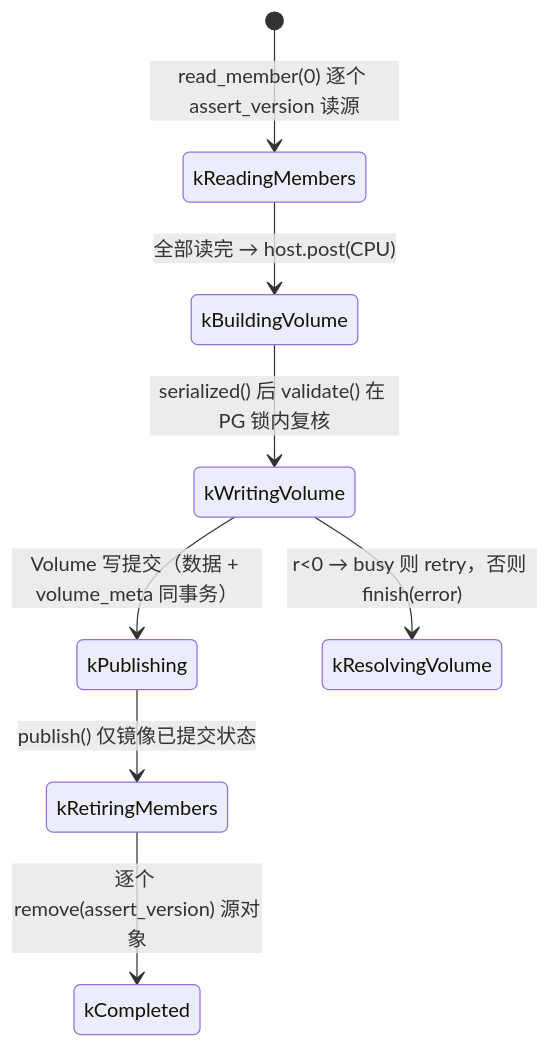
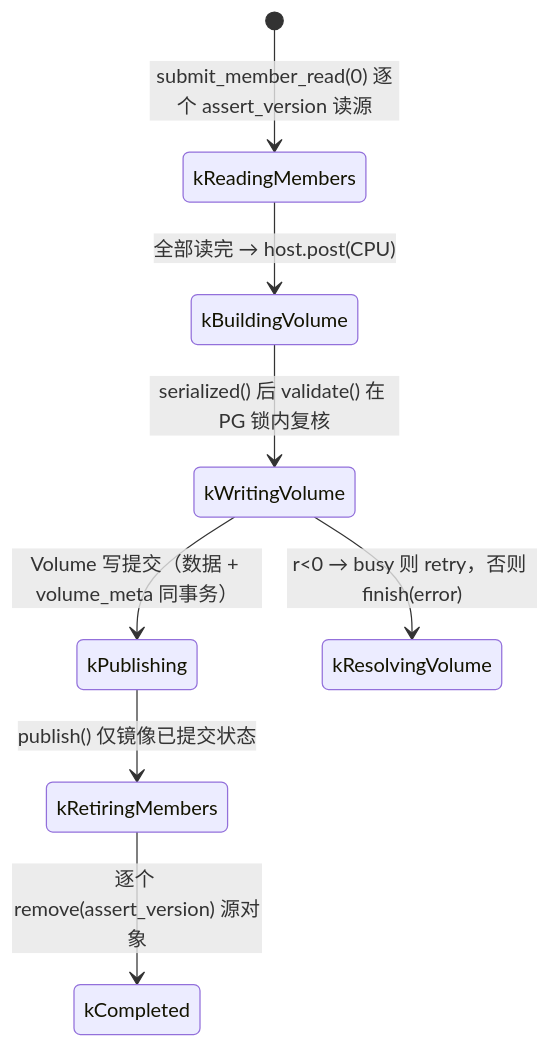
Before and after one commit to CephEC/ceph: the second of 3 diagrams in doc/dev/osd_internals/weave_code_map.md, drawn with Mermaid. The commit also changed other lines of this file and 20 other files, not shown here.

````diff
--- a/doc/dev/osd_internals/weave_code_map.md
+++ b/doc/dev/osd_internals/weave_code_map.md
@@ -178,10 +178,10 @@
 ```mermaid
 stateDiagram-v2
-  [*] --> kReadingMembers: read_member(0) 逐个 assert_version 读源
+  [*] --> kReadingMembers: submit_member_read(0) 逐个 assert_version 读源
   kReadingMembers --> kBuildingVolume: 全部读完 → host.post(CPU)
   kBuildingVolume --> kWritingVolume: serialized() 后 validate() 在 PG 锁内复核
   kWritingVolume --> kPublishing: Volume 写提交（数据 + volume_meta 同事务）
   kPublishing --> kRetiringMembers: publish() 仅镜像已提交状态
   kRetiringMembers --> kCompleted: 逐个 remove(assert_version) 源对象
   kWritingVolume --> kResolvingVolume: r<0 → busy 则 retry，否则 finish(error)
 ```
````
